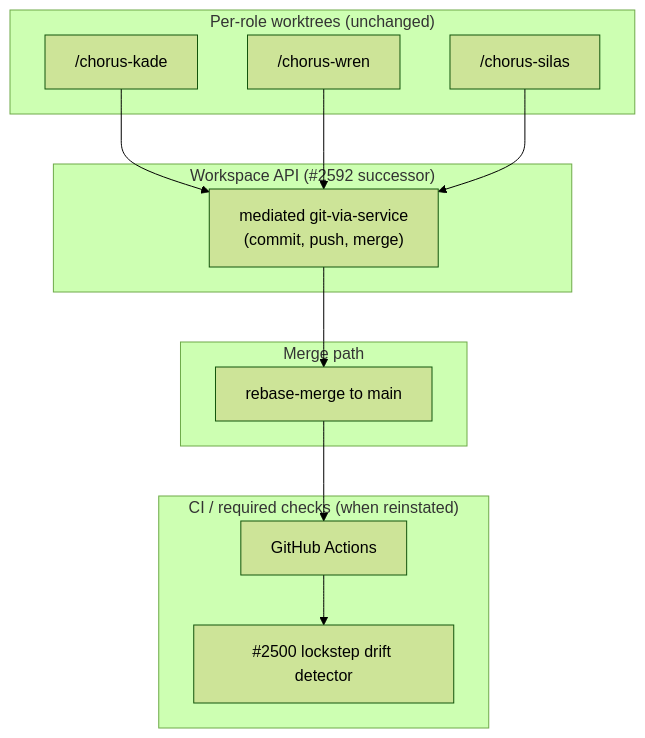
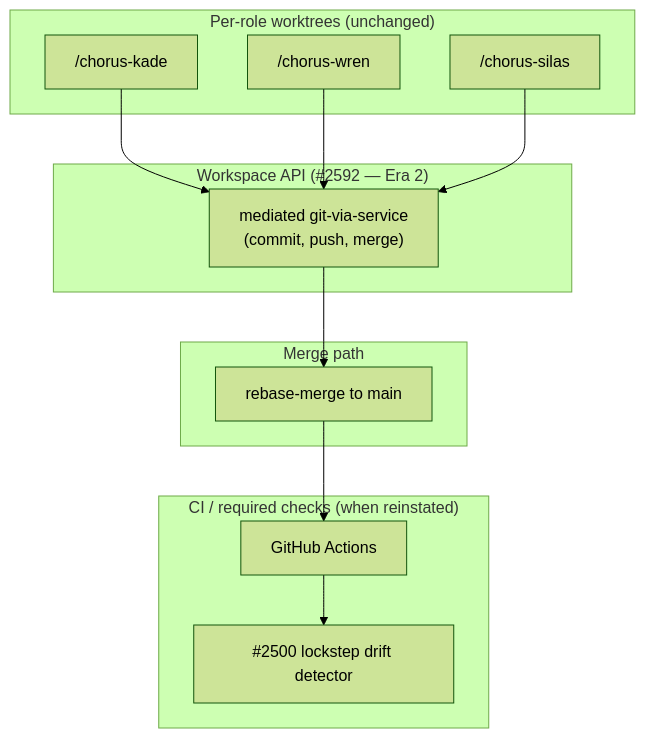
Before and after one commit to gathering-chorus/chorus: the second of 2 diagrams in designing/docs/commits-service-design.md, drawn with Mermaid (forest theme). The commit also changed other lines of this file, not shown here.

First line of the commit message:
kade: #2637 — fold Wren+Silas demo feedback (era-section policy + Gap #10 reframe)

````diff
--- a/designing/docs/commits-service-design.md
+++ b/designing/docs/commits-service-design.md
@@ -196,28 +198,28 @@
 ```mermaid
 flowchart TB
   subgraph WT["Per-role worktrees (unchanged)"]
     K["/chorus-kade"]
     W["/chorus-wren"]
     S["/chorus-silas"]
   end
 
-  subgraph WSAPI["Workspace API (#2592 successor)"]
+  subgraph WSAPI["Workspace API (#2592 — Era 2)"]
     API["mediated git-via-service<br/>(commit, push, merge)"]
   end
 
   subgraph PSH["Merge path"]
     R["rebase-merge to main"]
   end
 
   subgraph CI["CI / required checks (when reinstated)"]
     GH["GitHub Actions"]
     DRIFT["#2500 lockstep drift detector"]
   end
 
   K --> API
   W --> API
   S --> API
   API --> R
   R --> GH
   GH --> DRIFT
 ```
````
